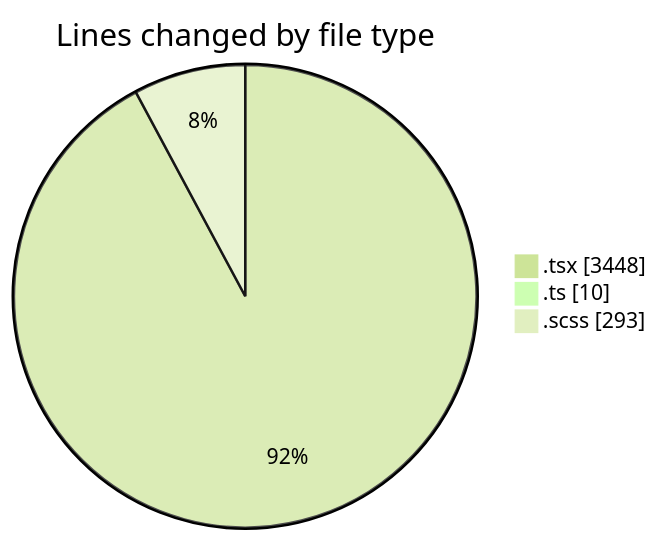
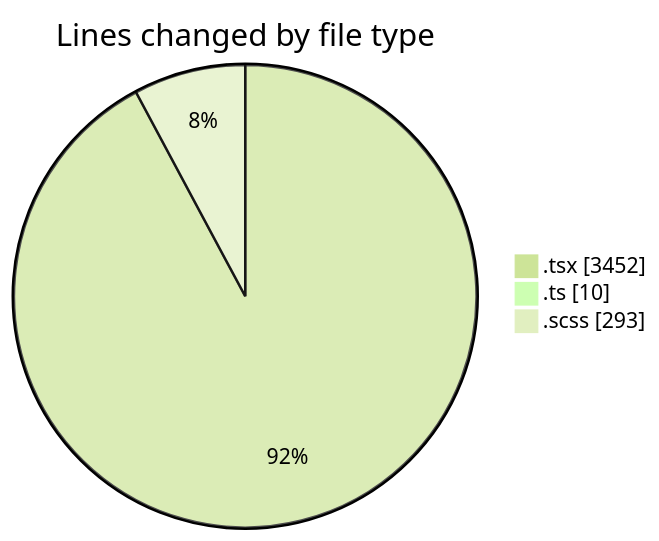
The first of 2 diagrams in 2025-11-17/cda/README.md (momahboobian/code-tracking), drawn with Mermaid (forest theme) before and after one commit. The commit also changed other lines of this file and 1 other file, not shown here.

````diff
--- a/2025-11-17/cda/README.md
+++ b/2025-11-17/cda/README.md
@@ -27,7 +27,7 @@
 ```mermaid
 pie showData
 title Lines changed by file type
-".tsx" : 3448
+".tsx" : 3452
 ".ts" : 10
 ".scss" : 293
 ```
````
